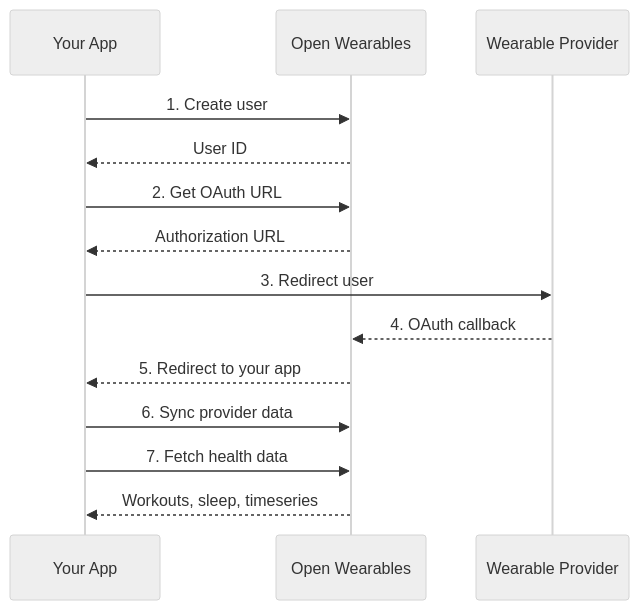
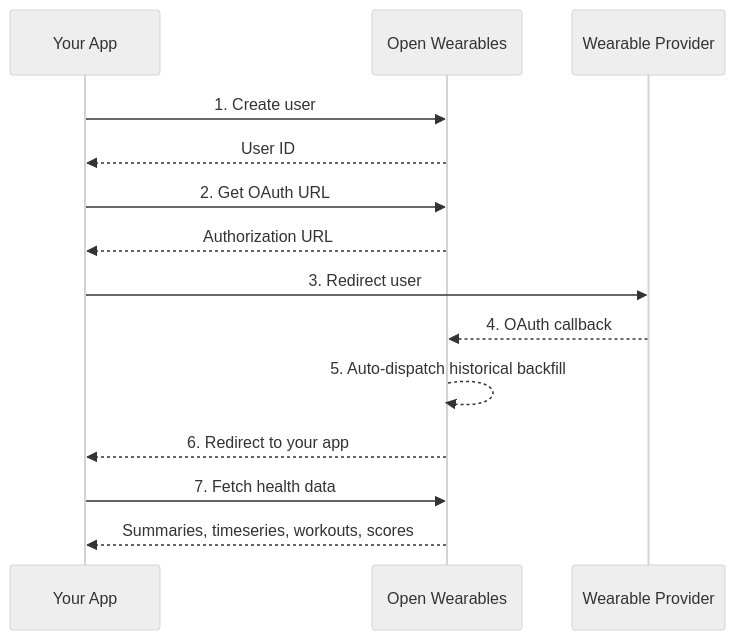
One commit to the-momentum/open-wearables changed the second of 2 diagrams in docs/dev-guides/backend-e2e-integration.mdx. Above: the diagram before and after it, drawn with Mermaid (neutral theme). The commit also changed other lines of this file, not shown here.

````diff
--- a/docs/dev-guides/backend-e2e-integration.mdx
+++ b/docs/dev-guides/backend-e2e-integration.mdx
@@ -159,17 +159,17 @@
 ```mermaid
 sequenceDiagram
     participant App as Your App
     participant OW as Open Wearables
     participant Provider as Wearable Provider
 
     App->>OW: 1. Create user
     OW-->>App: User ID
     App->>OW: 2. Get OAuth URL
     OW-->>App: Authorization URL
     App->>Provider: 3. Redirect user
     Provider-->>OW: 4. OAuth callback
-    OW-->>App: 5. Redirect to your app
-    App->>OW: 6. Sync provider data
+    OW-->>OW: 5. Auto-dispatch historical backfill
+    OW-->>App: 6. Redirect to your app
     App->>OW: 7. Fetch health data
-    OW-->>App: Workouts, sleep, timeseries
+    OW-->>App: Summaries, timeseries, workouts, scores
 ```
````
